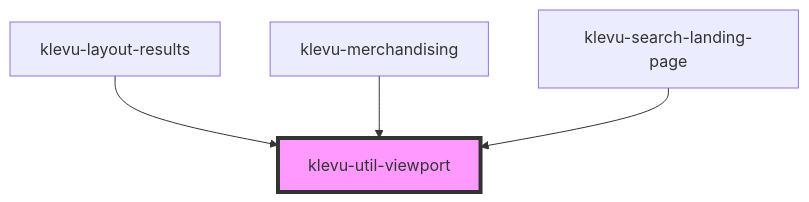
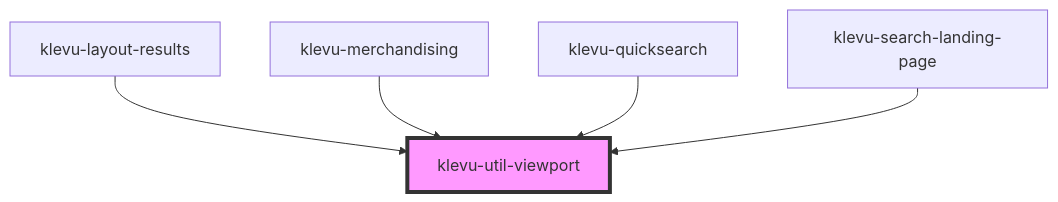
The diagram in packages/klevu-ui/src/components/klevu-util-viewport/readme.md (klevultd/frontend-sdk), drawn with Mermaid before and after one commit. The commit also changed other lines of this file and 12 other files, not shown here.

````diff
--- a/packages/klevu-ui/src/components/klevu-util-viewport/readme.md
+++ b/packages/klevu-ui/src/components/klevu-util-viewport/readme.md
@@ -44,7 +45,8 @@
 ```mermaid
 graph TD;
   klevu-layout-results --> klevu-util-viewport
   klevu-merchandising --> klevu-util-viewport
+  klevu-quicksearch --> klevu-util-viewport
   klevu-search-landing-page --> klevu-util-viewport
   style klevu-util-viewport fill:#f9f,stroke:#333,stroke-width:4px
 ```
````
